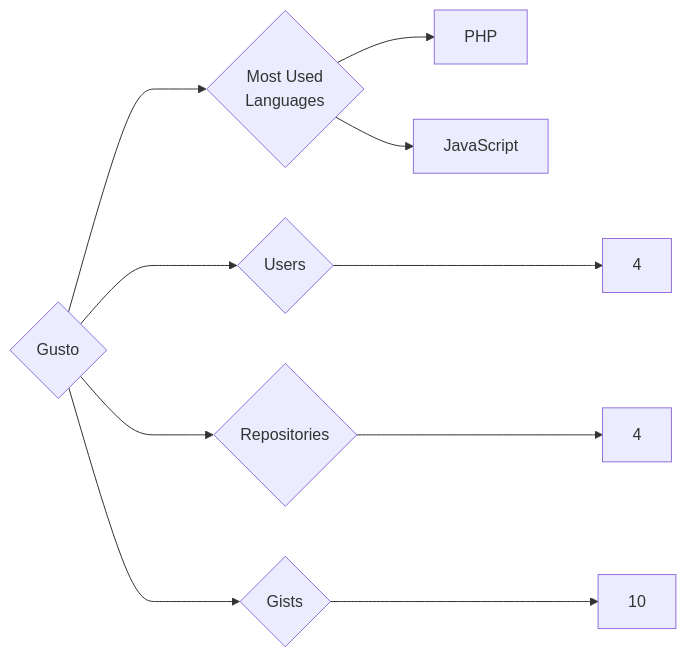
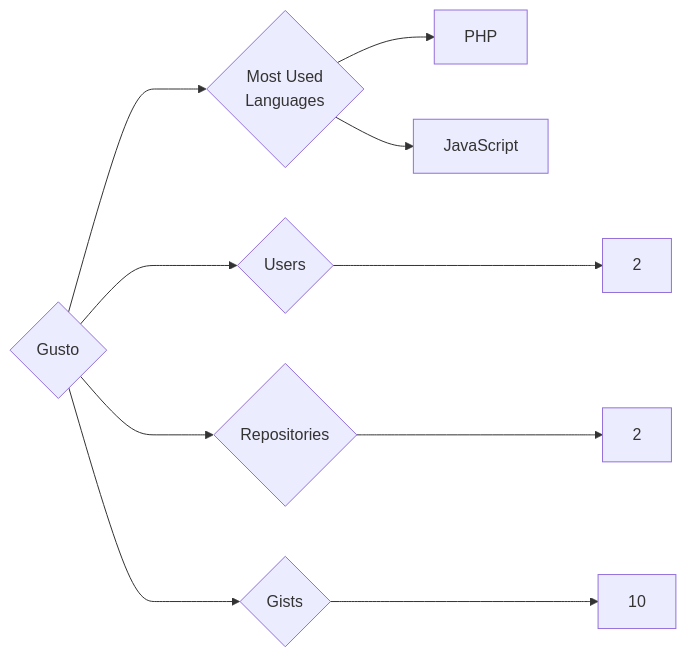
One commit to trickest/insiders changed the diagram in targets/Gusto/README.md. Above: the diagram before and after it, drawn with Mermaid. The commit also changed 1023 other files, not shown here.

````diff
--- a/targets/Gusto/README.md
+++ b/targets/Gusto/README.md
@@ -3,10 +3,10 @@
 ```mermaid
 graph LR
 COMPANY_NAME{Gusto}
-COMPANY_NAME ---> U{Users} ---> UN[4]
-COMPANY_NAME ---> R{Repositories} ---> RN[4]
+COMPANY_NAME ---> U{Users} ---> UN[2]
+COMPANY_NAME ---> R{Repositories} ---> RN[2]
 COMPANY_NAME ---> G{Gists} ---> GN[10]
 COMPANY_NAME ---> ML{Most Used<br>Languages}
 ML --> PHP[PHP]
 ML --> JavaScript[JavaScript]
 ```
````
